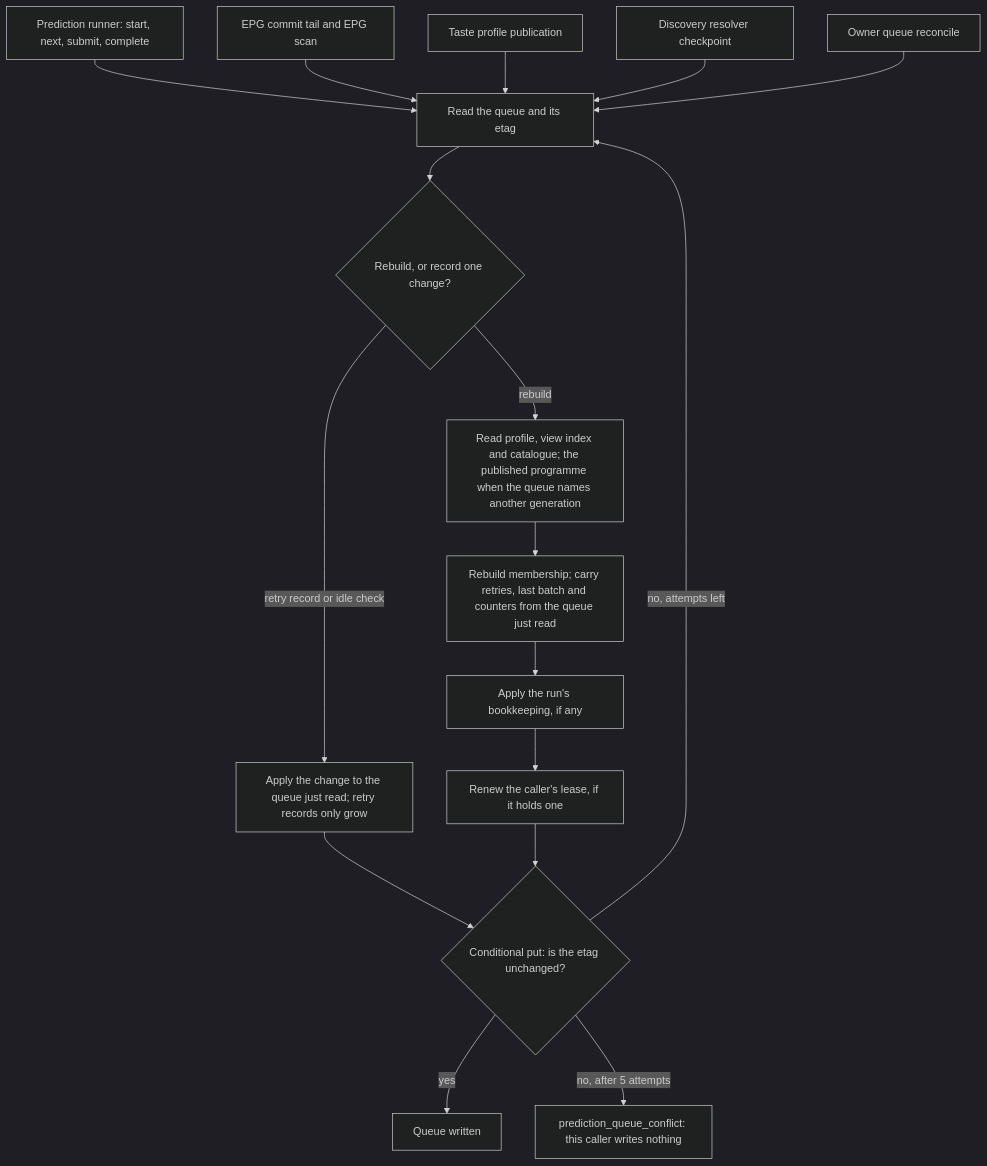
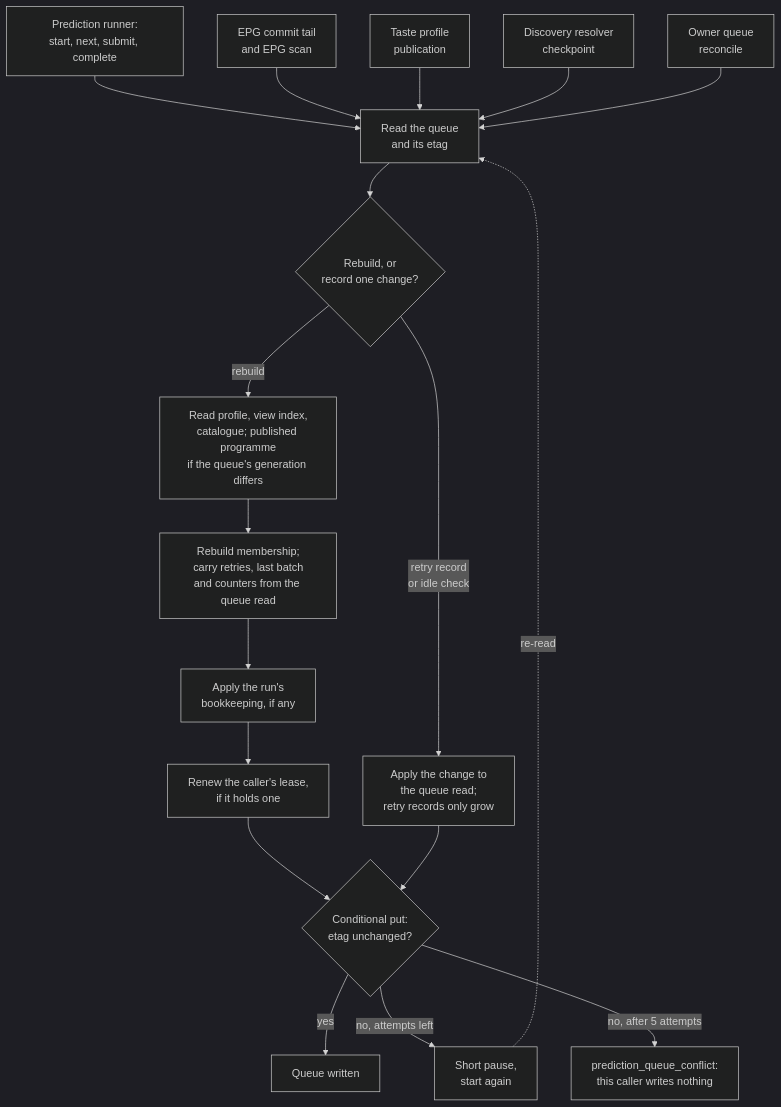
Before and after one commit to vladimino/iptv-watchlist: the second of 2 diagrams in docs/architecture/prediction-pipeline.md, drawn with Mermaid (dark theme).

Commit message:
Wrap the queue writer flowchart labels and draw the retry loop as its own step

````diff
--- a/docs/architecture/prediction-pipeline.md
+++ b/docs/architecture/prediction-pipeline.md
@@ -53,34 +53,36 @@
 ```mermaid
 flowchart TD
-    runner["Prediction runner: start, next, submit, complete"]
-    epg["EPG commit tail and EPG scan"]
-    profile["Taste profile publication"]
-    resolver["Discovery resolver checkpoint"]
-    reconcile["Owner queue reconcile"]
-    read["Read the queue and its etag"]
-    kind{"Rebuild, or record one change?"}
-    inputs["Read profile, view index and catalogue; the published programme when the queue names another generation"]
-    build["Rebuild membership; carry retries, last batch and counters from the queue just read"]
-    amend["Apply the run's bookkeeping, if any"]
-    change["Apply the change to the queue just read; retry records only grow"]
-    fence["Renew the caller's lease, if it holds one"]
-    put{"Conditional put: is the etag unchanged?"}
+    runner["Prediction runner:<br/>start, next, submit, complete"]
+    epg["EPG commit tail<br/>and EPG scan"]
+    profile["Taste profile<br/>publication"]
+    resolver["Discovery resolver<br/>checkpoint"]
+    reconcile["Owner queue<br/>reconcile"]
+    read["Read the queue<br/>and its etag"]
+    kind{"Rebuild, or<br/>record one change?"}
+    inputs["Read profile, view index,<br/>catalogue; published programme<br/>if the queue's generation differs"]
+    build["Rebuild membership;<br/>carry retries, last batch<br/>and counters from the queue read"]
+    amend["Apply the run's<br/>bookkeeping, if any"]
+    change["Apply the change to<br/>the queue read;<br/>retry records only grow"]
+    fence["Renew the caller's lease,<br/>if it holds one"]
+    put{"Conditional put:<br/>etag unchanged?"}
     done["Queue written"]
-    conflict["prediction_queue_conflict: this caller writes nothing"]
+    again["Short pause,<br/>start again"]
+    conflict["prediction_queue_conflict:<br/>this caller writes nothing"]
     runner --> read
     epg --> read
     profile --> read
     resolver --> read
     reconcile --> read
     read --> kind
     kind -->|rebuild| inputs
     inputs --> build
     build --> amend
     amend --> fence
-    kind -->|retry record or idle check| change
+    fence --> put
+    kind -->|retry record<br/>or idle check| change
     change --> put
-    fence --> put
     put -->|yes| done
-    put -->|no, attempts left| read
+    put -->|no, attempts left| again
+    again -.->|re-read| read
     put -->|no, after 5 attempts| conflict
 ```
````
